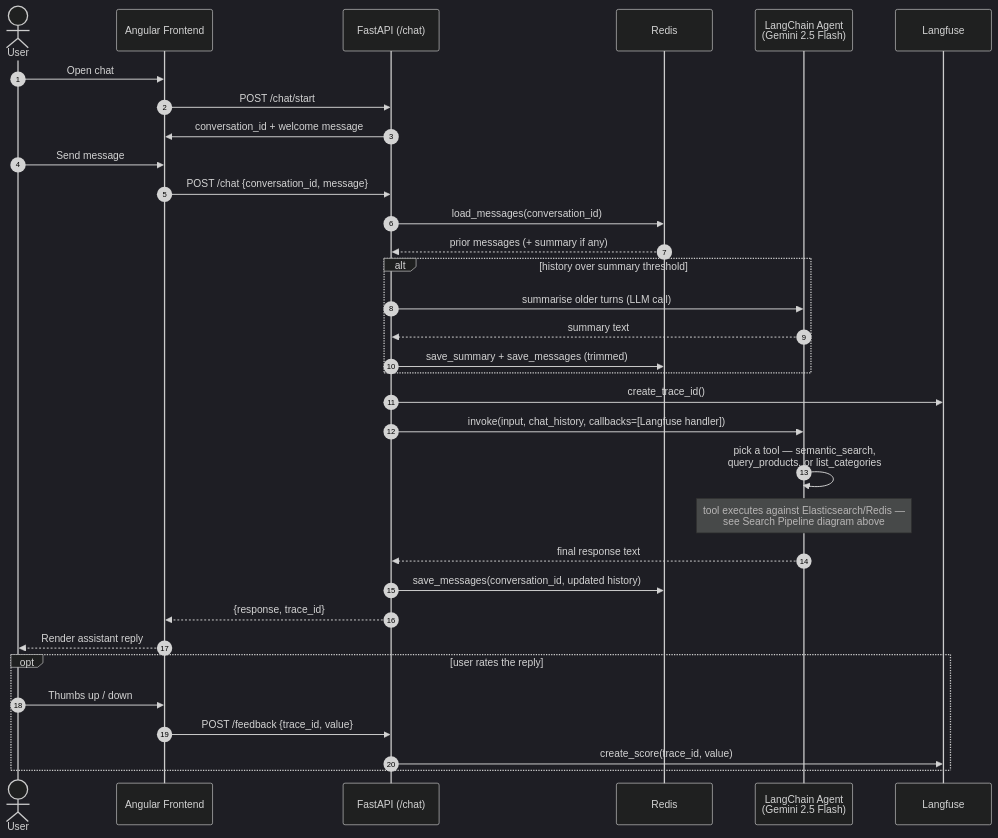
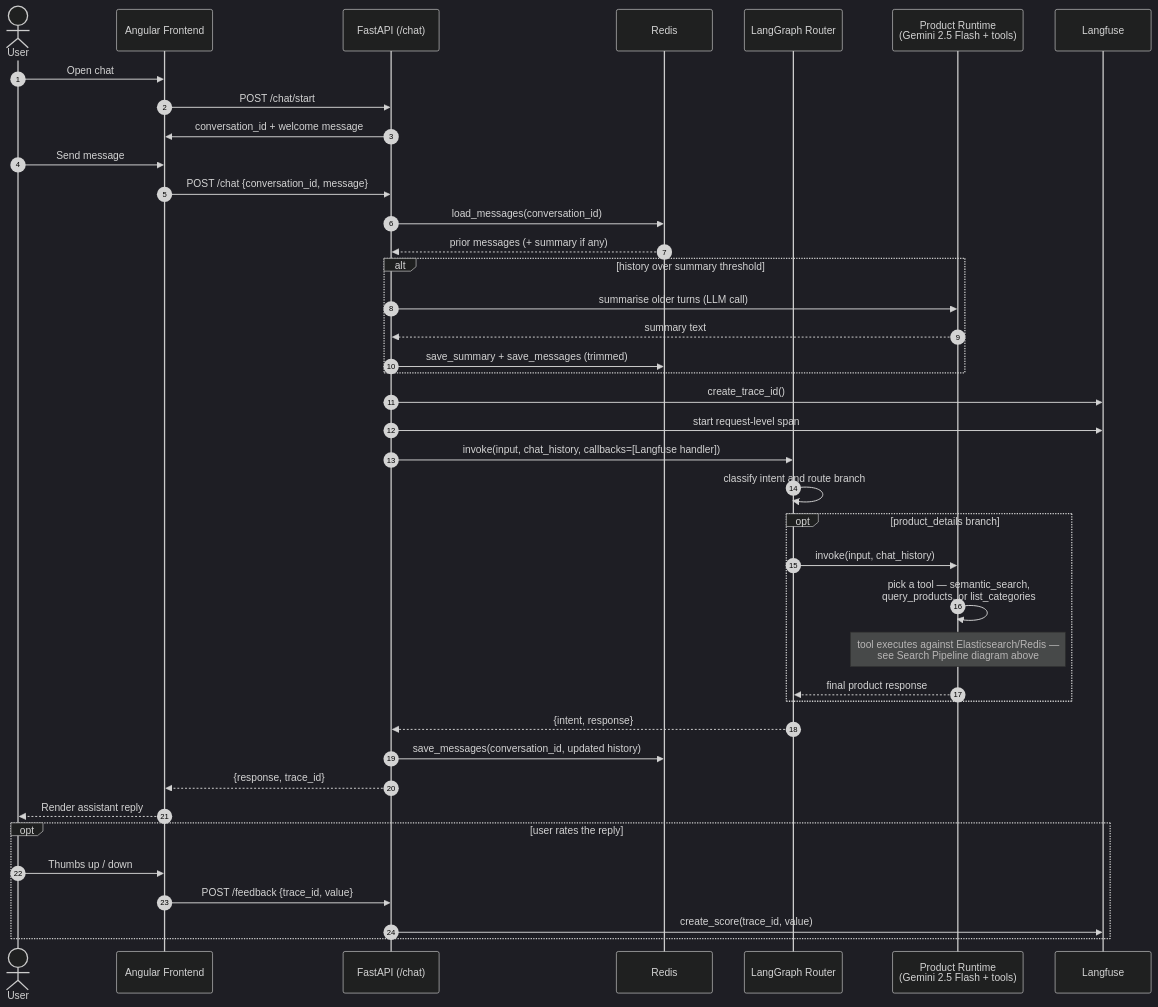
One commit to miggle711/gdg-mum-langchain-project changed the third of 3 diagrams in README.md. Above: the diagram before and after it, drawn with Mermaid (dark theme). The commit also changed other lines of this file and 1 other file, not shown here.

First line of the commit message:
docs(langgraph): Update README for LangGraph-based chat architecture

````diff
--- a/README.md
+++ b/README.md
@@ -63,40 +88,47 @@
 ```mermaid
 sequenceDiagram
     autonumber
     actor U as User
     participant FE as Angular Frontend
     participant BE as FastAPI (/chat)
     participant R as Redis
-    participant Agent as LangChain Agent<br/>(Gemini 2.5 Flash)
+    participant Graph as LangGraph Router
+    participant Product as Product Runtime<br/>(Gemini 2.5 Flash + tools)
     participant LF as Langfuse
 
     U->>FE: Open chat
     FE->>BE: POST /chat/start
     BE->>FE: conversation_id + welcome message
 
     U->>FE: Send message
     FE->>BE: POST /chat {conversation_id, message}
     BE->>R: load_messages(conversation_id)
     R-->>BE: prior messages (+ summary if any)
     alt history over summary threshold
-        BE->>Agent: summarise older turns (LLM call)
-        Agent-->>BE: summary text
+        BE->>Product: summarise older turns (LLM call)
+        Product-->>BE: summary text
         BE->>R: save_summary + save_messages (trimmed)
     end
 
     BE->>LF: create_trace_id()
-    BE->>Agent: invoke(input, chat_history, callbacks=[Langfuse handler])
-    Agent->>Agent: pick a tool — semantic_search,<br/>query_products, or list_categories
-    Note over Agent: tool executes against Elasticsearch/Redis —<br/>see Search Pipeline diagram above
-    Agent-->>BE: final response text
+    BE->>LF: start request-level span
+    BE->>Graph: invoke(input, chat_history, callbacks=[Langfuse handler])
+    Graph->>Graph: classify intent and route branch
+    opt product_details branch
+        Graph->>Product: invoke(input, chat_history)
+        Product->>Product: pick a tool — semantic_search,<br/>query_products, or list_categories
+        Note over Product: tool executes against Elasticsearch/Redis —<br/>see Search Pipeline diagram above
+        Product-->>Graph: final product response
+    end
+    Graph-->>BE: {intent, response}
 
     BE->>R: save_messages(conversation_id, updated history)
     BE-->>FE: {response, trace_id}
     FE-->>U: Render assistant reply
 
     opt user rates the reply
         U->>FE: Thumbs up / down
         FE->>BE: POST /feedback {trace_id, value}
         BE->>LF: create_score(trace_id, value)
     end
 ```
````
